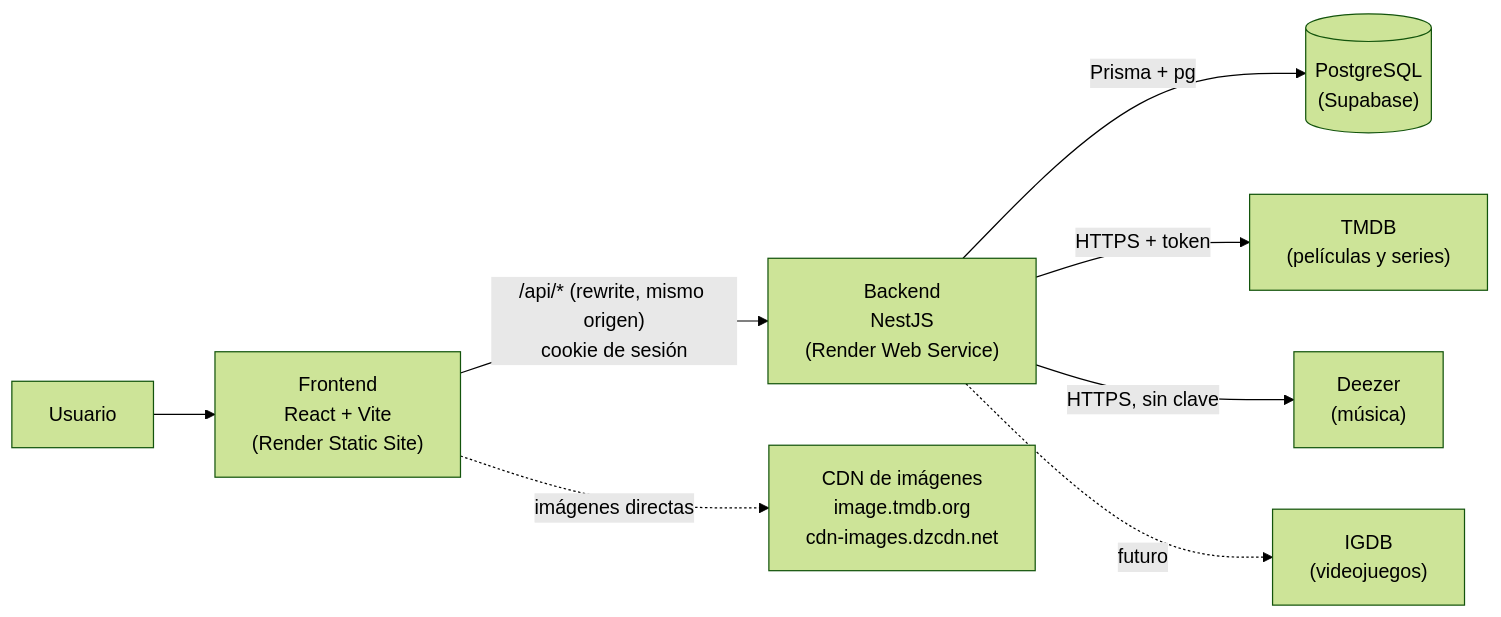
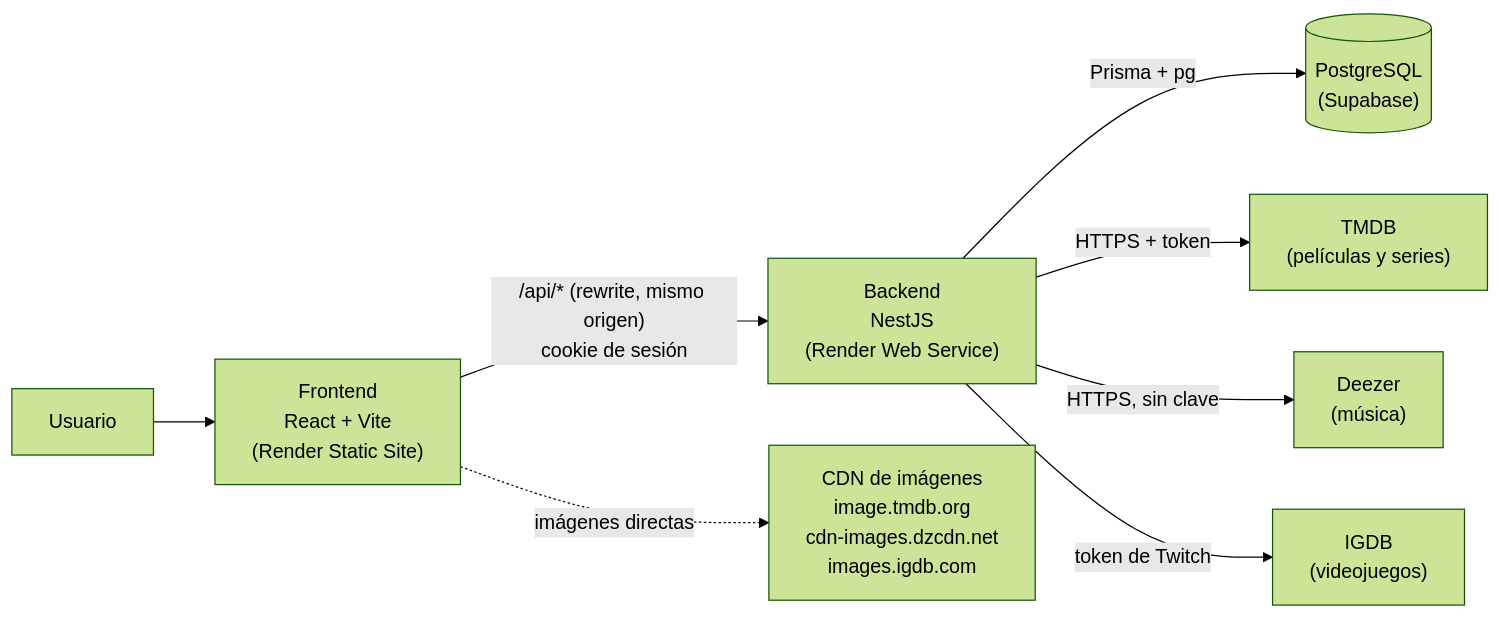
The first of 2 diagrams in architecture.md (nicoaranc/opinai), drawn with Mermaid (forest theme) before and after one commit. The commit also changed other lines of this file and 17 other files, not shown here.

````diff
--- a/architecture.md
+++ b/architecture.md
@@ -25,10 +25,10 @@
 ```mermaid
 flowchart LR
     U[Usuario] --> F["Frontend<br/>React + Vite<br/>(Render Static Site)"]
     F -->|"/api/* (rewrite, mismo origen)<br/>cookie de sesión"| B["Backend<br/>NestJS<br/>(Render Web Service)"]
     B -->|Prisma + pg| D[("PostgreSQL<br/>(Supabase)")]
     B -->|HTTPS + token| T["TMDB<br/>(películas y series)"]
     B -->|HTTPS, sin clave| DZ["Deezer<br/>(música)"]
-    B -.->|futuro| X["IGDB<br/>(videojuegos)"]
-    F -.->|imágenes directas| CDN["CDN de imágenes<br/>image.tmdb.org<br/>cdn-images.dzcdn.net"]
+    B -->|"token de Twitch"| IG["IGDB<br/>(videojuegos)"]
+    F -.->|imágenes directas| CDN["CDN de imágenes<br/>image.tmdb.org<br/>cdn-images.dzcdn.net<br/>images.igdb.com"]
 ```
````
